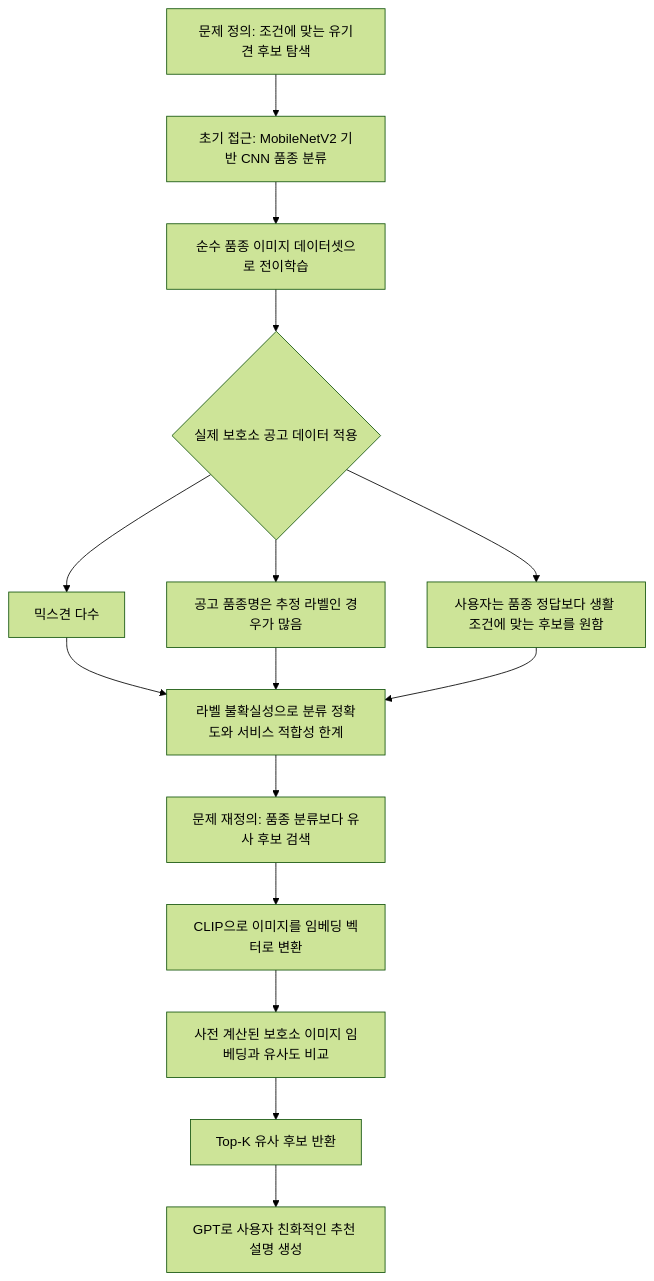
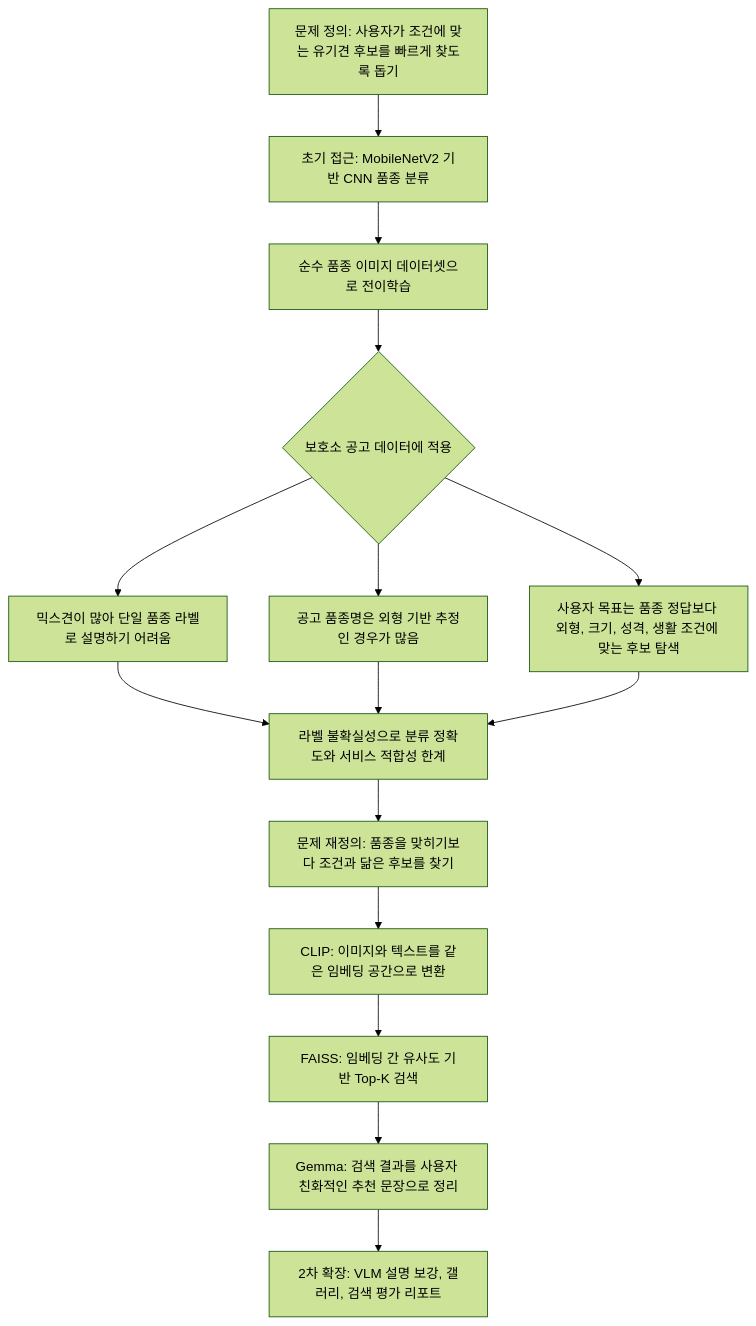
Before and after one commit to YuMinBee/meongtamjeong: the diagram in README.md, drawn with Mermaid (forest theme). The commit also changed other lines of this file and 31 other files, not shown here.

````diff
--- a/README.md
+++ b/README.md
@@ -15,17 +63,17 @@
 ```mermaid
 flowchart TD
-    A[문제 정의: 조건에 맞는 유기견 후보 탐색] --> B[초기 접근: MobileNetV2 기반 CNN 품종 분류]
+    A[문제 정의: 사용자가 조건에 맞는 유기견 후보를 빠르게 찾도록 돕기] --> B[초기 접근: MobileNetV2 기반 CNN 품종 분류]
     B --> C[순수 품종 이미지 데이터셋으로 전이학습]
-    C --> D{실제 보호소 공고 데이터 적용}
-    D --> E[믹스견 다수]
-    D --> F[공고 품종명은 추정 라벨인 경우가 많음]
-    D --> G[사용자는 품종 정답보다 생활 조건에 맞는 후보를 원함]
+    C --> D{보호소 공고 데이터에 적용}
+    D --> E[믹스견이 많아 단일 품종 라벨로 설명하기 어려움]
+    D --> F[공고 품종명은 외형 기반 추정인 경우가 많음]
+    D --> G[사용자 목표는 품종 정답보다 외형, 크기, 성격, 생활 조건에 맞는 후보 탐색]
     E --> H[라벨 불확실성으로 분류 정확도와 서비스 적합성 한계]
     F --> H
     G --> H
-    H --> I[문제 재정의: 품종 분류보다 유사 후보 검색]
-    I --> J[CLIP으로 이미지를 임베딩 벡터로 변환]
-    J --> K[사전 계산된 보호소 이미지 임베딩과 유사도 비교]
-    K --> L[Top-K 유사 후보 반환]
-    L --> M[GPT로 사용자 친화적인 추천 설명 생성]
+    H --> I[문제 재정의: 품종을 맞히기보다 조건과 닮은 후보를 찾기]
+    I --> J[CLIP: 이미지와 텍스트를 같은 임베딩 공간으로 변환]
+    J --> K[FAISS: 임베딩 간 유사도 기반 Top-K 검색]
+    K --> L[Gemma: 검색 결과를 사용자 친화적인 추천 문장으로 정리]
+    L --> M[2차 확장: VLM 설명 보강, 갤러리, 검색 평가 리포트]
 ```
````
